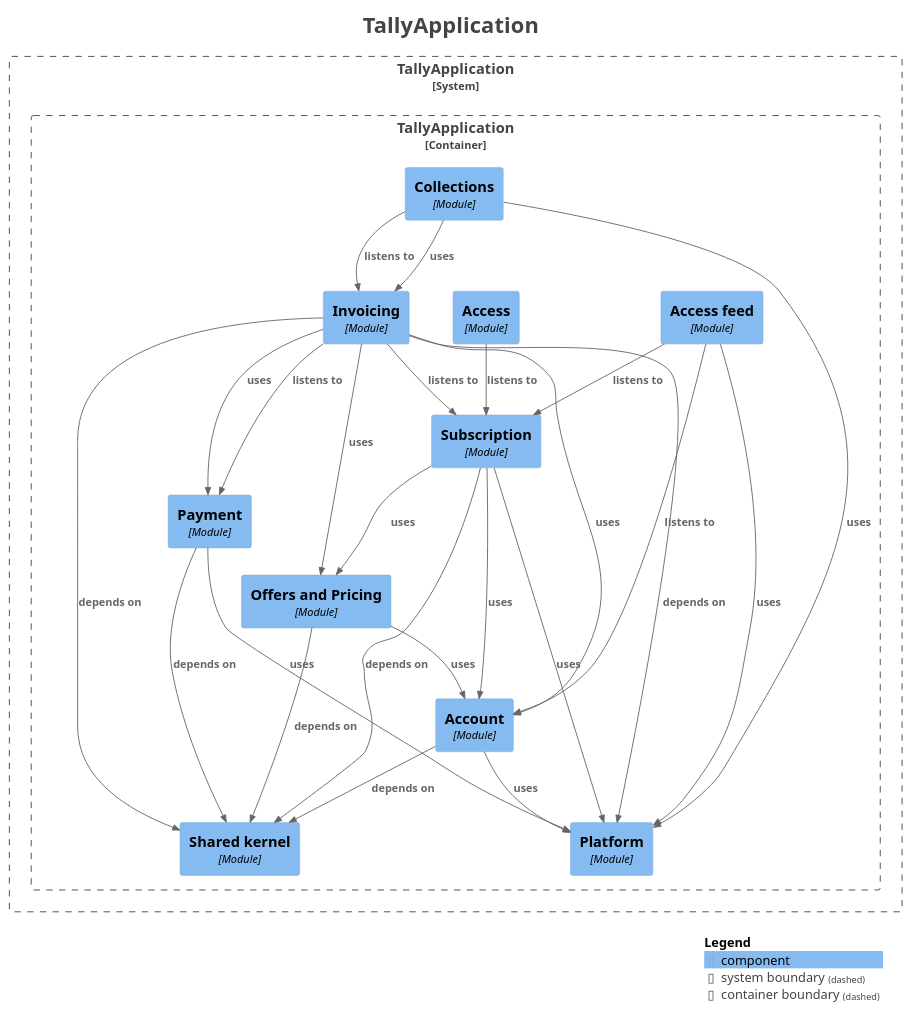
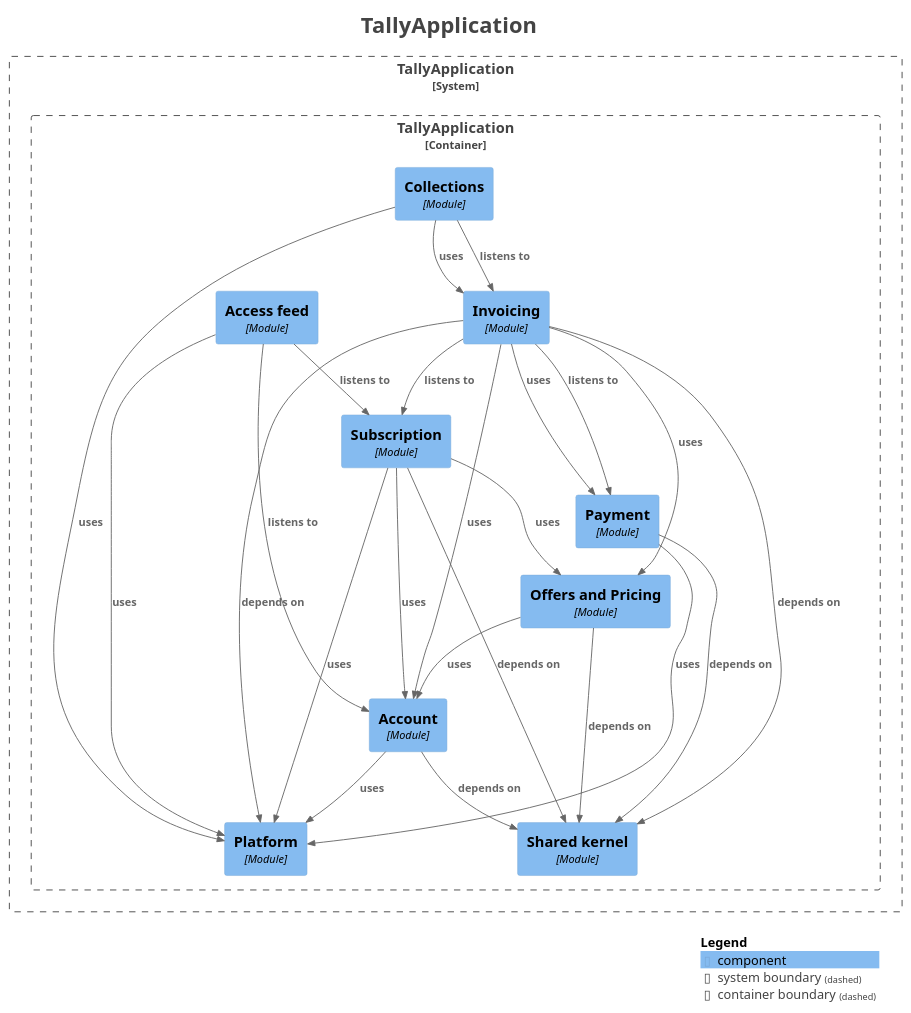
The diagram in docs/architecture/v2/components.puml (waleedarafa/tally), drawn with PlantUML before and after one commit. The commit also changed 25 other files, not shown here.

First line of the commit message:
Slice 2 PR-9: remove the in-process access module (#72)

```diff
--- a/docs/architecture/v2/components.puml
+++ b/docs/architecture/v2/components.puml
@@ -1,61 +1,59 @@
 @startuml
 title <size:24>TallyApplication</size>
 
 set separator none
 top to bottom direction
 
 <style>
   root {
     BackgroundColor: #ffffff
     FontColor: #444444
   }
 </style>
 
 !include <C4/C4>
 !include <C4/C4_Context>
 !include <C4/C4_Component>
 
 System_Boundary("TallyApplication_boundary", "TallyApplication", $tags="") {
   Container_Boundary("TallyApplication.TallyApplication_boundary", "TallyApplication", $tags="") {
-    Component(TallyApplication.TallyApplication.Access, "Access", $techn="Module", $descr="", $tags="", $link="")
     Component(TallyApplication.TallyApplication.Accessfeed, "Access feed", $techn="Module", $descr="", $tags="", $link="")
     Component(TallyApplication.TallyApplication.Account, "Account", $techn="Module", $descr="", $tags="", $link="")
     Component(TallyApplication.TallyApplication.Collections, "Collections", $techn="Module", $descr="", $tags="", $link="")
     Component(TallyApplication.TallyApplication.Invoicing, "Invoicing", $techn="Module", $descr="", $tags="", $link="")
     Component(TallyApplication.TallyApplication.OffersandPricing, "Offers and Pricing", $techn="Module", $descr="", $tags="", $link="")
     Component(TallyApplication.TallyApplication.Payment, "Payment", $techn="Module", $descr="", $tags="", $link="")
     Component(TallyApplication.TallyApplication.Platform, "Platform", $techn="Module", $descr="", $tags="", $link="")
     Component(TallyApplication.TallyApplication.Sharedkernel, "Shared kernel", $techn="Module", $descr="", $tags="", $link="")
     Component(TallyApplication.TallyApplication.Subscription, "Subscription", $techn="Module", $descr="", $tags="", $link="")
   }
 
 }
 
-Rel(TallyApplication.TallyApplication.Access, TallyApplication.TallyApplication.Subscription, "listens to", $techn="", $tags="", $link="")
 Rel(TallyApplication.TallyApplication.Accessfeed, TallyApplication.TallyApplication.Account, "listens to", $techn="", $tags="", $link="")
 Rel(TallyApplication.TallyApplication.Accessfeed, TallyApplication.TallyApplication.Platform, "uses", $techn="", $tags="", $link="")
 Rel(TallyApplication.TallyApplication.Accessfeed, TallyApplication.TallyApplication.Subscription, "listens to", $techn="", $tags="", $link="")
 Rel(TallyApplication.TallyApplication.Account, TallyApplication.TallyApplication.Platform, "uses", $techn="", $tags="", $link="")
 Rel(TallyApplication.TallyApplication.Account, TallyApplication.TallyApplication.Sharedkernel, "depends on", $techn="", $tags="", $link="")
 Rel(TallyApplication.TallyApplication.Collections, TallyApplication.TallyApplication.Invoicing, "listens to", $techn="", $tags="", $link="")
 Rel(TallyApplication.TallyApplication.Collections, TallyApplication.TallyApplication.Invoicing, "uses", $techn="", $tags="", $link="")
 Rel(TallyApplication.TallyApplication.Collections, TallyApplication.TallyApplication.Platform, "uses", $techn="", $tags="", $link="")
 Rel(TallyApplication.TallyApplication.Invoicing, TallyApplication.TallyApplication.Account, "uses", $techn="", $tags="", $link="")
 Rel(TallyApplication.TallyApplication.Invoicing, TallyApplication.TallyApplication.OffersandPricing, "uses", $techn="", $tags="", $link="")
 Rel(TallyApplication.TallyApplication.Invoicing, TallyApplication.TallyApplication.Payment, "listens to", $techn="", $tags="", $link="")
 Rel(TallyApplication.TallyApplication.Invoicing, TallyApplication.TallyApplication.Payment, "uses", $techn="", $tags="", $link="")
 Rel(TallyApplication.TallyApplication.Invoicing, TallyApplication.TallyApplication.Platform, "depends on", $techn="", $tags="", $link="")
 Rel(TallyApplication.TallyApplication.Invoicing, TallyApplication.TallyApplication.Sharedkernel, "depends on", $techn="", $tags="", $link="")
 Rel(TallyApplication.TallyApplication.Invoicing, TallyApplication.TallyApplication.Subscription, "listens to", $techn="", $tags="", $link="")
 Rel(TallyApplication.TallyApplication.OffersandPricing, TallyApplication.TallyApplication.Account, "uses", $techn="", $tags="", $link="")
 Rel(TallyApplication.TallyApplication.OffersandPricing, TallyApplication.TallyApplication.Sharedkernel, "depends on", $techn="", $tags="", $link="")
 Rel(TallyApplication.TallyApplication.Payment, TallyApplication.TallyApplication.Platform, "uses", $techn="", $tags="", $link="")
 Rel(TallyApplication.TallyApplication.Payment, TallyApplication.TallyApplication.Sharedkernel, "depends on", $techn="", $tags="", $link="")
 Rel(TallyApplication.TallyApplication.Subscription, TallyApplication.TallyApplication.Account, "uses", $techn="", $tags="", $link="")
 Rel(TallyApplication.TallyApplication.Subscription, TallyApplication.TallyApplication.OffersandPricing, "uses", $techn="", $tags="", $link="")
 Rel(TallyApplication.TallyApplication.Subscription, TallyApplication.TallyApplication.Platform, "uses", $techn="", $tags="", $link="")
 Rel(TallyApplication.TallyApplication.Subscription, TallyApplication.TallyApplication.Sharedkernel, "depends on", $techn="", $tags="", $link="")
 
 SHOW_LEGEND(true)
 hide stereotypes
 @enduml
```
